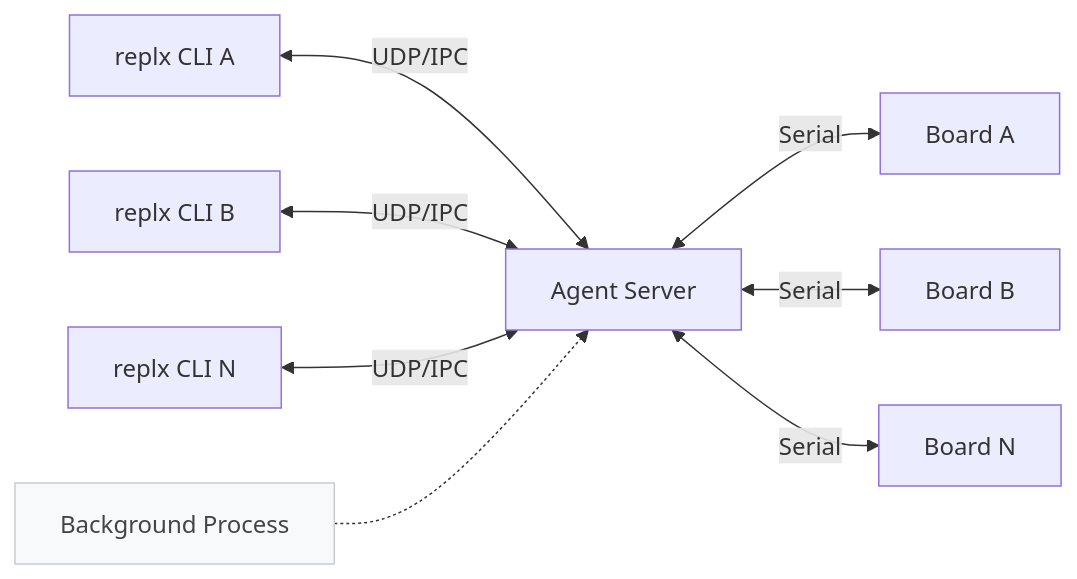
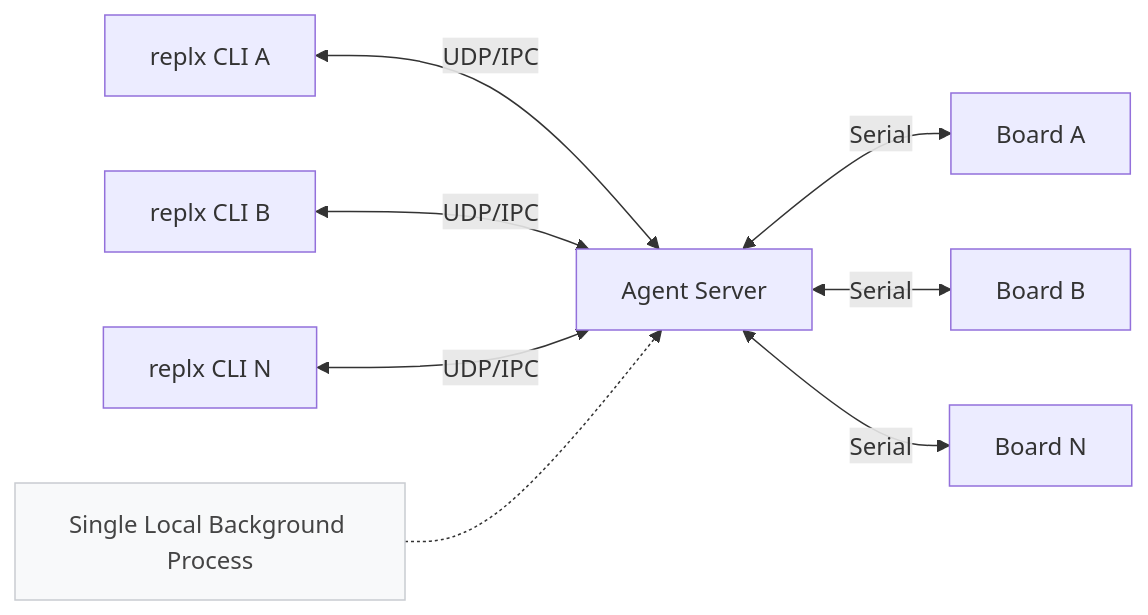
One commit to PlanXLab/replx changed the first of 4 diagrams in README.md. Above: the diagram before and after it, drawn with Mermaid. The commit also changed other lines of this file and 26 other files, not shown here.

````diff
--- a/README.md
+++ b/README.md
@@ -13,13 +13,13 @@
 ```mermaid
 flowchart LR
   CLI1[replx CLI A] <-->|UDP/IPC| AGENT[Agent Server]
   CLI2[replx CLI B] <-->|UDP/IPC| AGENT
   CLIN[replx CLI N] <-->|UDP/IPC| AGENT
   AGENT <-->|Serial| DEV1[Board A]
   AGENT <-->|Serial| DEV2[Board B]
   AGENT <-->|Serial| DEVN[Board N]
 
-  BG[Background Process]:::note -.-> AGENT
+  BG[Single Local Background Process]:::note -.-> AGENT
 
   classDef note fill:#f8f9fa,stroke:#c9ccd1,color:#444;
 ```
````
